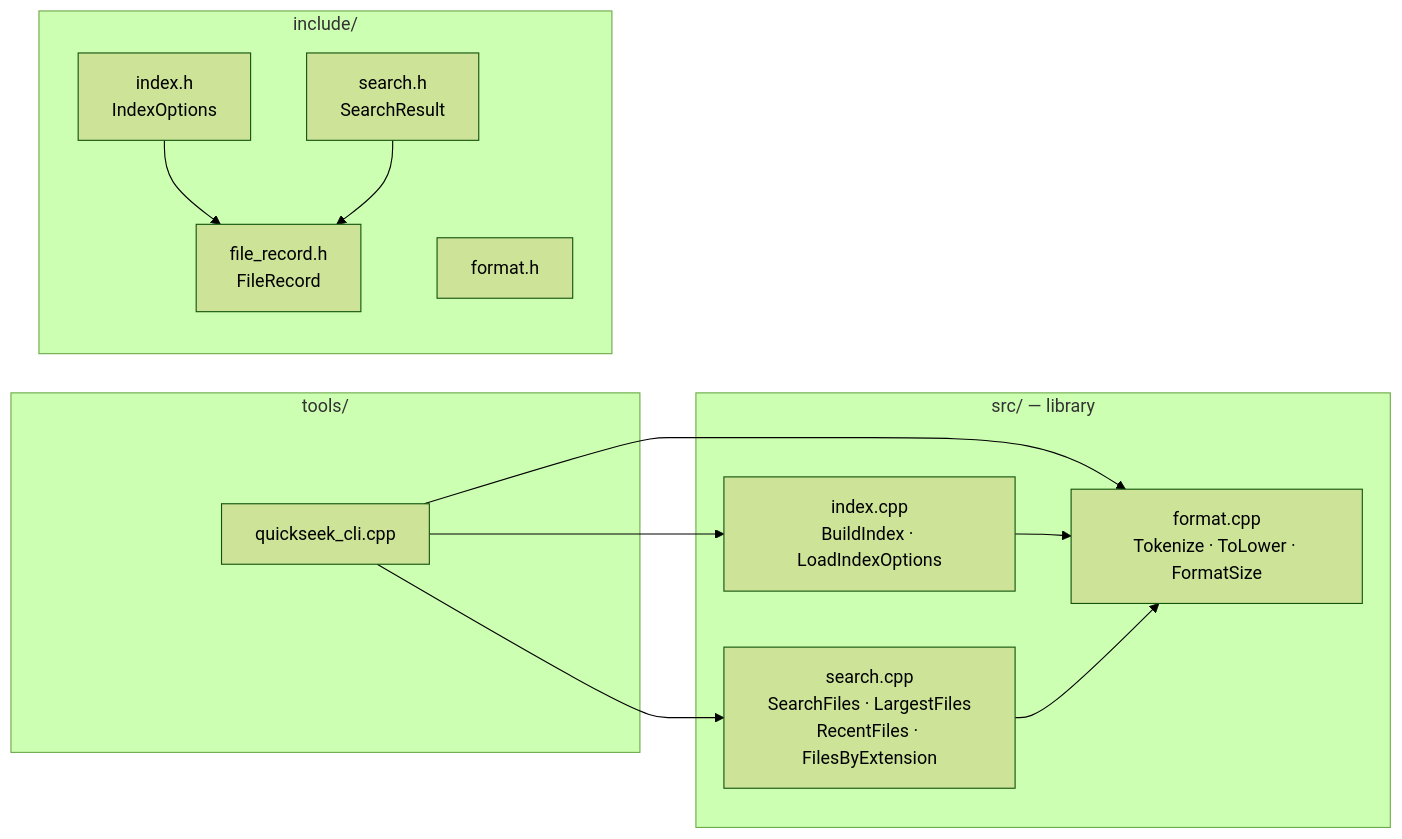
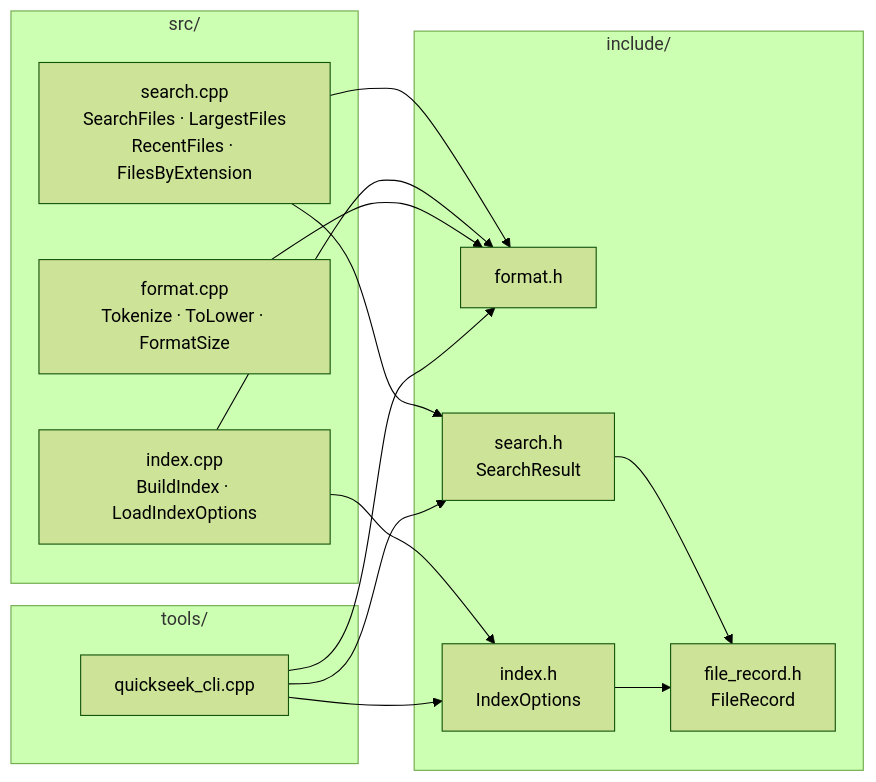
One commit to shreejaykurhade/quickseek changed the diagram in README.md. Above: the diagram before and after it, drawn with Mermaid (forest theme). The commit also changed 1 other file, not shown here.

Commit message:
docs: fix mermaid diagram syntax

````diff
--- a/README.md
+++ b/README.md
@@ -126,24 +126,27 @@
 ```mermaid
 graph LR
-    subgraph FE ["tools/"]
+    subgraph tools ["tools/"]
         CLI["quickseek_cli.cpp"]
     end
-    subgraph LIB ["src/ — library"]
-        FMT["format.cpp\nTokenize · ToLower · FormatSize"]
-        IDX["index.cpp\nBuildIndex · LoadIndexOptions"]
-        SCH["search.cpp\nSearchFiles · LargestFiles\nRecentFiles · FilesByExtension"]
+    subgraph src ["src/"]
+        FMT["format.cpp<br/>Tokenize · ToLower · FormatSize"]
+        IDX["index.cpp<br/>BuildIndex · LoadIndexOptions"]
+        SCH["search.cpp<br/>SearchFiles · LargestFiles<br/>RecentFiles · FilesByExtension"]
     end
-    subgraph INC ["include/"]
-        FR["file_record.h\nFileRecord"]
+    subgraph inc ["include/"]
+        FR["file_record.h<br/>FileRecord"]
         FH["format.h"]
-        IH["index.h\nIndexOptions"]
-        SH["search.h\nSearchResult"]
+        IH["index.h<br/>IndexOptions"]
+        SH["search.h<br/>SearchResult"]
     end
-    CLI --> IDX
-    CLI --> SCH
-    CLI --> FMT
-    IDX --> FMT
-    SCH --> FMT
+    CLI --> FH
+    CLI --> IH
+    CLI --> SH
+    FMT --> FH
+    IDX --> IH
+    IDX --> FH
+    SCH --> SH
+    SCH --> FH
     IH --> FR
     SH --> FR
 ```
````
